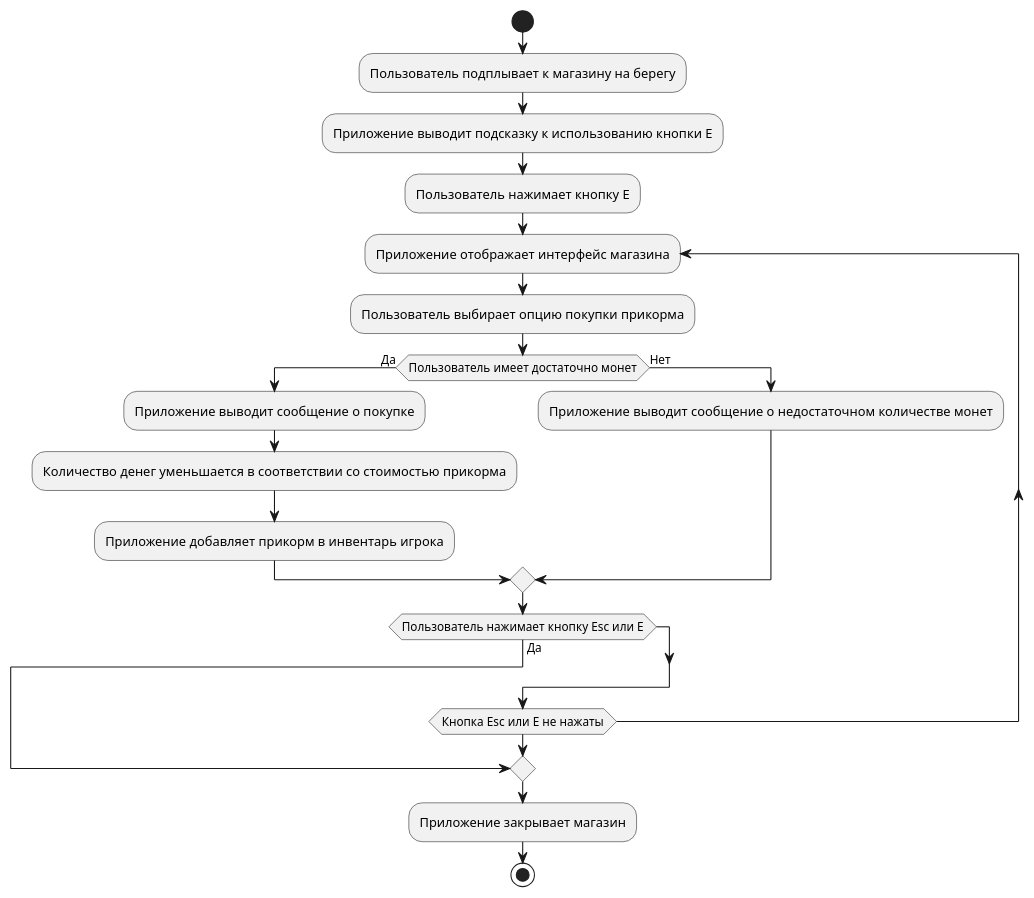
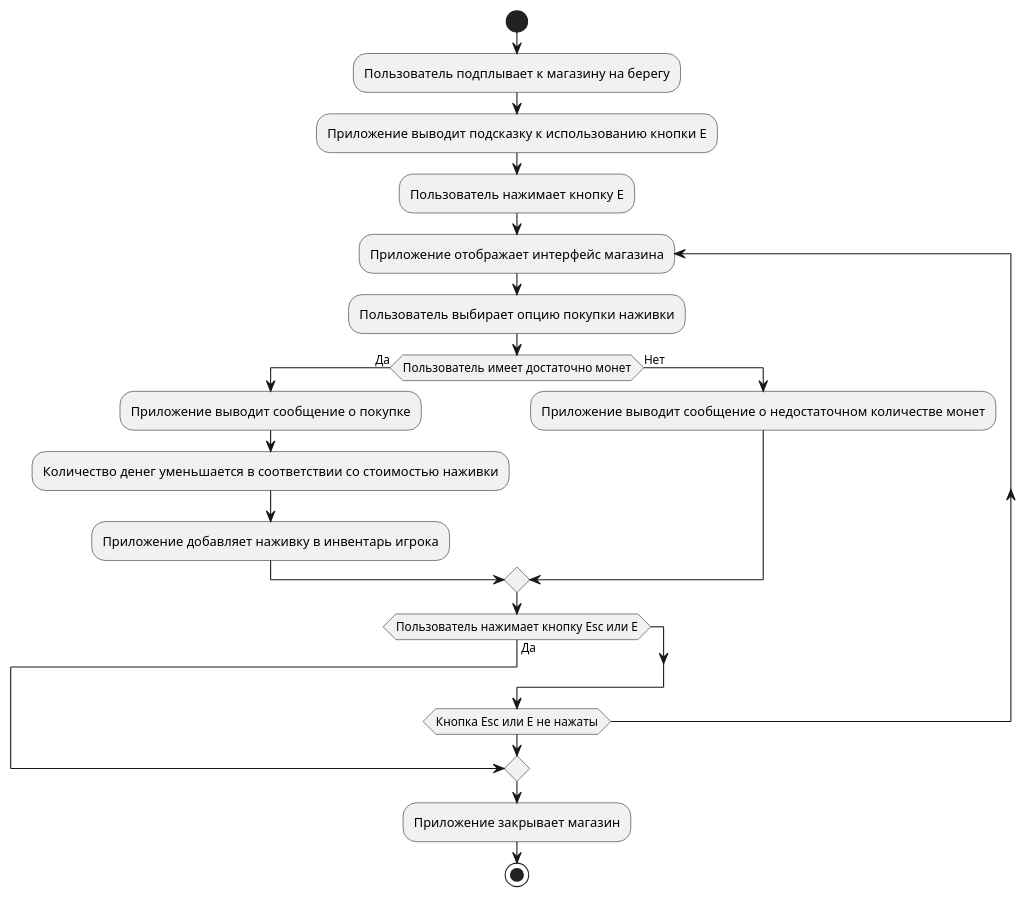
Before and after one commit to lenk6663/studying: the diagram in docs/diagrams/functions/buybait.puml, drawn with PlantUML. The commit also changed other lines of this file and 19 other files, not shown here.

```diff
--- a/docs/diagrams/functions/buybait.puml
+++ b/docs/diagrams/functions/buybait.puml
@@ -1,23 +1,23 @@
-@startuml Покупка прикорма
+@startuml Покупка наживки
 
 start
 :Пользователь подплывает к магазину на берегу;
 :Приложение выводит подсказку к использованию кнопки Е;
 :Пользователь нажимает кнопку Е;
 repeat :Приложение отображает интерфейс магазина;
-    :Пользователь выбирает опцию покупки прикорма;
+    :Пользователь выбирает опцию покупки наживки;
     if (Пользователь имеет достаточно монет) then (Да)
         :Приложение выводит сообщение о покупке;
-        :Количество денег уменьшается в соответствии со стоимостью прикорма;
-        :Приложение добавляет прикорм в инвентарь игрока;
+        :Количество денег уменьшается в соответствии со стоимостью наживки;
+        :Приложение добавляет наживку в инвентарь игрока;
     else (Нет)
         :Приложение выводит сообщение о недостаточном количестве монет;
-    endif
+    endif 
     if (Пользователь нажимает кнопку Esc или E) then (Да)
         break
     endif
 repeat while (Кнопка Esc или E не нажаты)
 :Приложение закрывает магазин;
 stop
 
 @enduml
```
